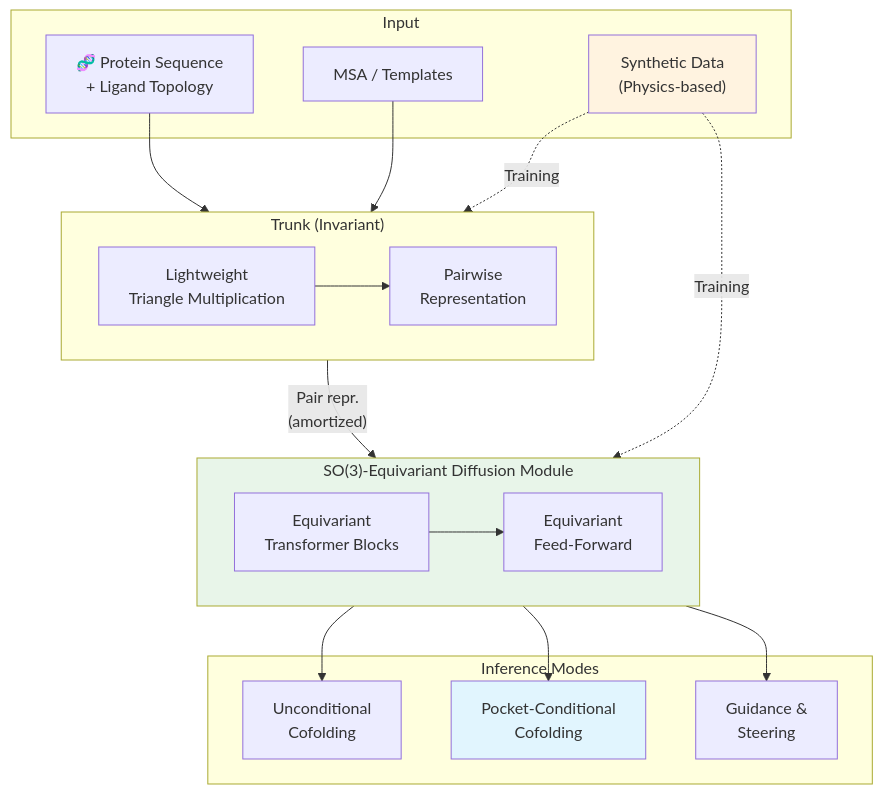
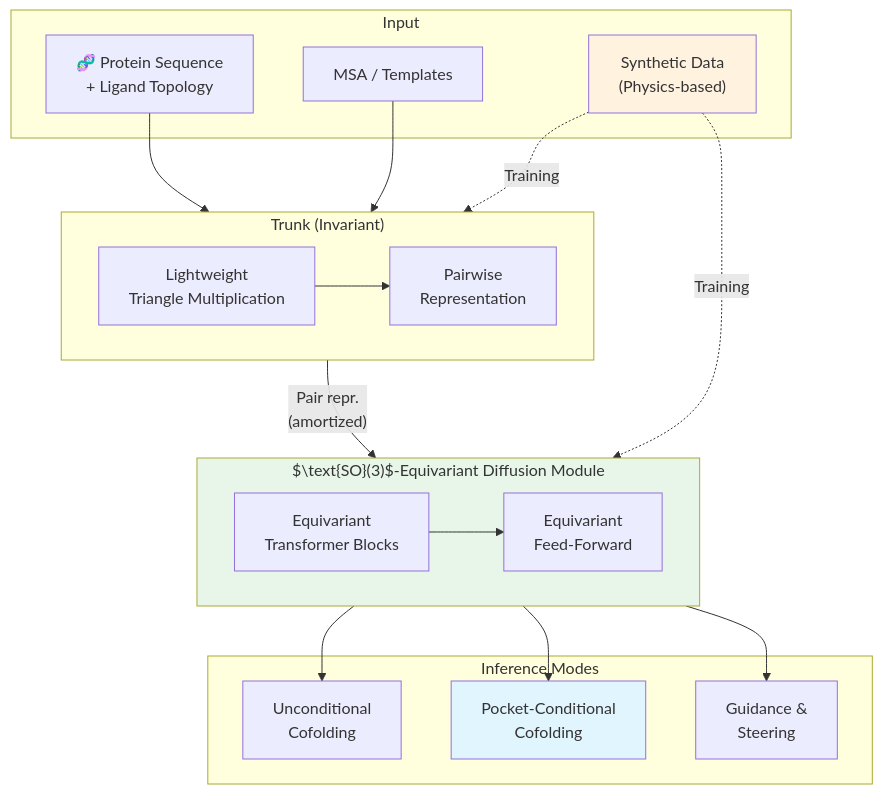
One commit to eightmm/eightmm.github.io changed the diagram in _posts/2026-02-24-pearl-foundation-model-placing-every-atom.md. Above: the diagram before and after it, drawn with Mermaid. The commit also changed other lines of this file, not shown here.

````diff
--- a/_posts/2026-02-24-pearl-foundation-model-placing-every-atom.md
+++ b/_posts/2026-02-24-pearl-foundation-model-placing-every-atom.md
@@ -55,39 +55,39 @@
 ```mermaid
 graph TD
     subgraph Input
         SEQ["🧬 Protein Sequence<br/>+ Ligand Topology"]
         MSA["MSA / Templates"]
         SYNTH["Synthetic Data<br/>(Physics-based)"]
     end
     
     subgraph Trunk["Trunk (Invariant)"]
         TRIMUL["Lightweight<br/>Triangle Multiplication"]
         PAIR["Pairwise<br/>Representation"]
         TRIMUL --> PAIR
     end
     
-    subgraph Diffusion["SO(3)-Equivariant Diffusion Module"]
+    subgraph Diffusion["$\text{SO}(3)$-Equivariant Diffusion Module"]
         EQT["Equivariant<br/>Transformer Blocks"]
         EQFF["Equivariant<br/>Feed-Forward"]
         EQT --> EQFF
     end
     
     subgraph Inference["Inference Modes"]
         UNCOND["Unconditional<br/>Cofolding"]
         COND["Pocket-Conditional<br/>Cofolding"]
         GUIDE["Guidance &<br/>Steering"]
     end
     
     SEQ --> Trunk
     MSA --> Trunk
     Trunk -->|"Pair repr.<br/>(amortized)"| Diffusion
     Diffusion --> UNCOND
     Diffusion --> COND
     Diffusion --> GUIDE
     SYNTH -.->|Training| Trunk
     SYNTH -.->|Training| Diffusion
     
     style Diffusion fill:#e8f5e9
     style SYNTH fill:#fff3e0
     style COND fill:#e1f5fe
 ```
````
